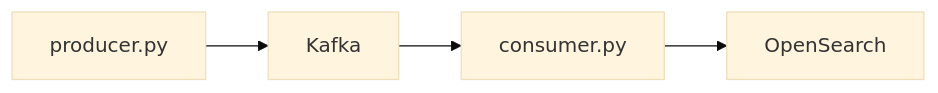
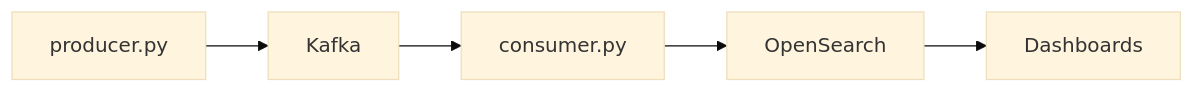
One commit to makovstanislav/capsule_machine_dashboard changed the diagram in README.md. Above: the diagram before and after it, drawn with Mermaid (base theme). The commit also changed other lines of this file, not shown here.

Commit message:
Add dashboards description

````diff
--- a/README.md
+++ b/README.md
@@ -10,6 +10,7 @@
 ```mermaid
 graph LR
     producer.py --> Kafka;
     Kafka --> consumer.py;
     consumer.py --> OpenSearch;
+    OpenSearch --> Dashboards;
 ```
````
